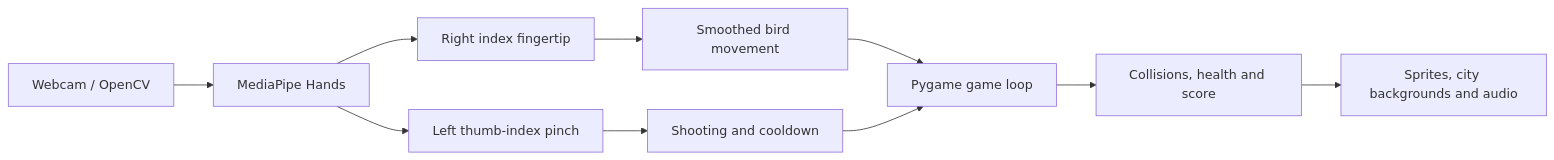
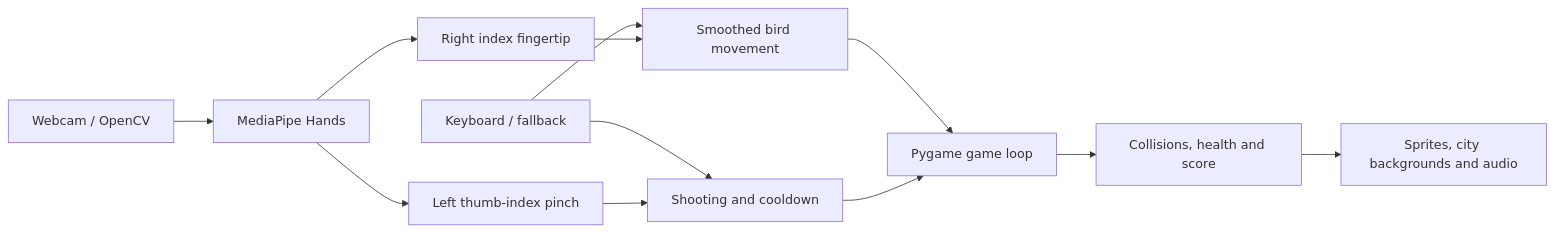
The diagram in README.md (092135/bird-in-the-city), drawn with Mermaid before and after one commit. The commit also changed other lines of this file and 7 other files, not shown here.

````diff
--- a/README.md
+++ b/README.md
@@ -145,12 +157,14 @@
 ```mermaid
 flowchart LR
     A[Webcam / OpenCV] --> B[MediaPipe Hands]
     B --> C[Right index fingertip]
     B --> D[Left thumb-index pinch]
+    J[Keyboard / fallback] --> E
+    J --> F
     C --> E[Smoothed bird movement]
     D --> F[Shooting and cooldown]
     E --> G[Pygame game loop]
     F --> G
     G --> H[Collisions, health and score]
     H --> I[Sprites, city backgrounds and audio]
 ```
````
